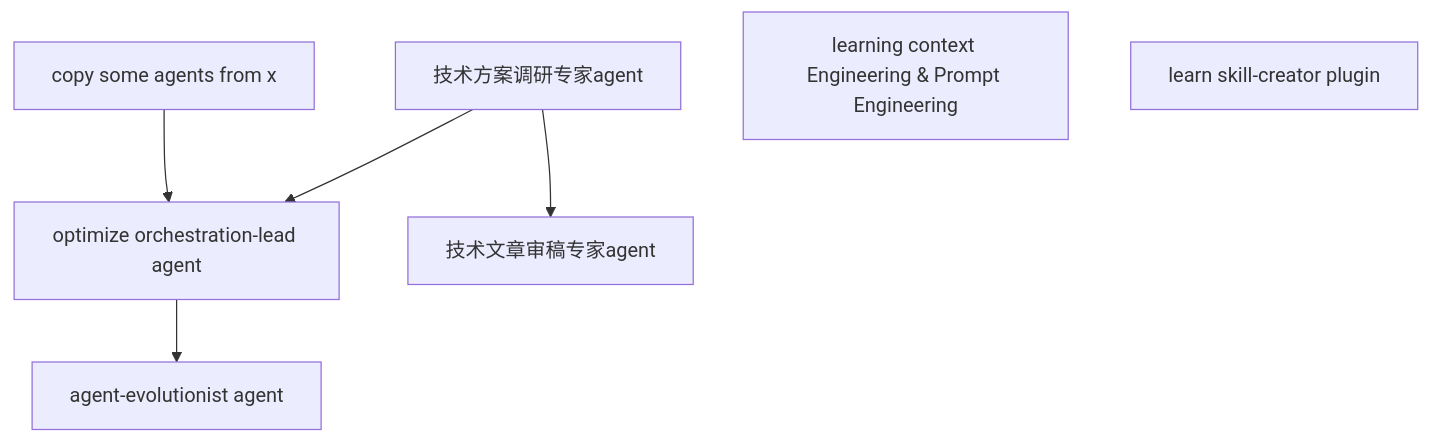
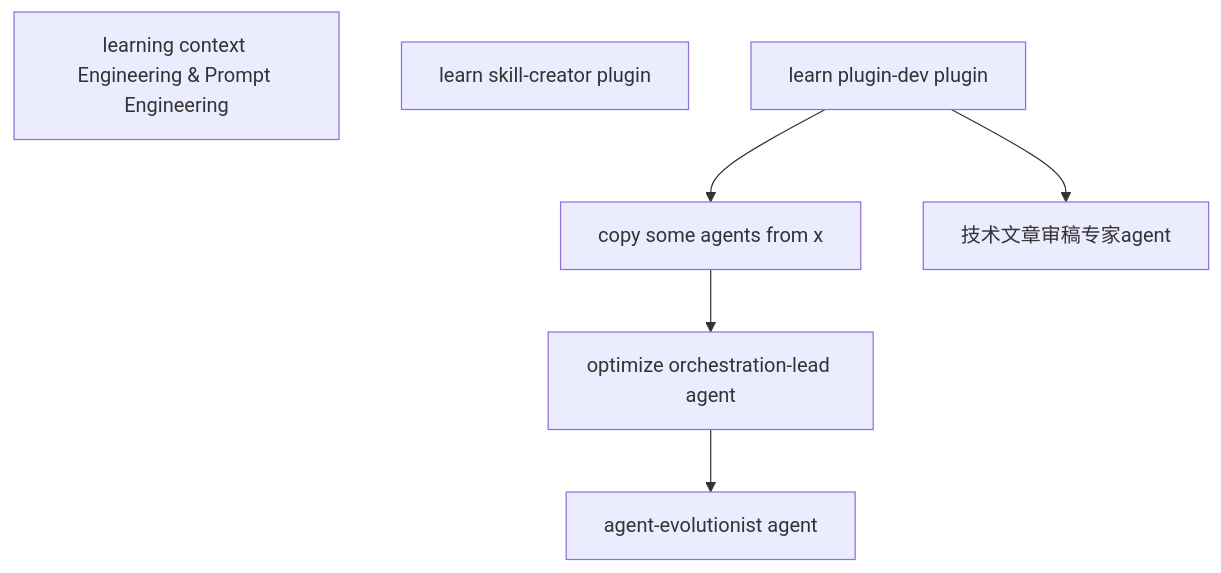
The diagram in todos.md (YMoose/my-claude-sidekick), drawn with Mermaid before and after one commit. The commit also changed other lines of this file and 1 other file, not shown here.

Commit message:
update todo

````diff
--- a/todos.md
+++ b/todos.md
@@ -81,15 +86,15 @@
 ```mermaid
 flowchart TD
     20260225_0["copy some agents from x"]
     20260225_1["optimize orchestration-lead agent"]
     20260225_2["agent-evolutionist agent"]
-    20260225_3["技术方案调研专家agent"]
-    20260225_4["技术文章审稿专家agent"]
-    20260226_5["learning context Engineering & Prompt Engineering"]
-    20260311_6["learn skill-creator plugin"]
+    20260225_3["技术文章审稿专家agent"]
+    20260226_4["learning context Engineering & Prompt Engineering"]
+    20260311_5["learn skill-creator plugin"]
+    20260418_6["learn plugin-dev plugin"]
 
     20260225_0 --> 20260225_1
     20260225_1 --> 20260225_2
-    20260225_3 --> 20260225_1
-    20260225_3 --> 20260225_4
+    20260418_6 --> 20260225_0
+    20260418_6 --> 20260225_3
 ```
````
